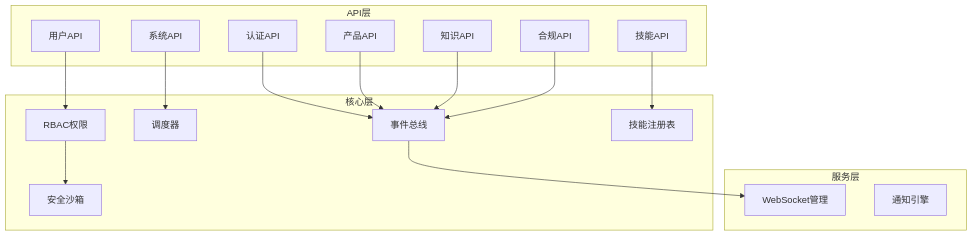
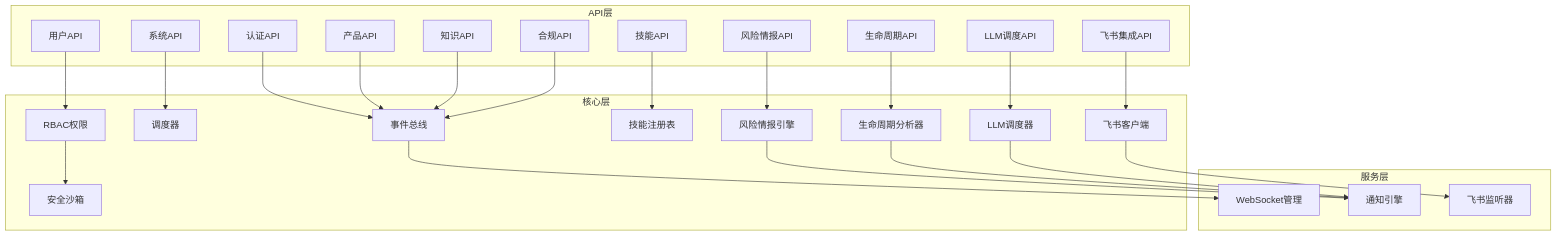
One commit to angledick/- changed the first of 5 diagrams in .qoder/repowiki/zh/content/API参考文档/API参考文档.md. Above: the diagram before and after it, drawn with Mermaid. The commit also changed other lines of this file and 770 other files, not shown here.

````diff
--- a/.qoder/repowiki/zh/content/API参考文档/API参考文档.md
+++ b/.qoder/repowiki/zh/content/API参考文档/API参考文档.md
@@ -54,32 +76,49 @@
 ```mermaid
 graph TB
 subgraph "API层"
 A[认证API]
 B[用户API]
 C[产品API]
 D[知识API]
 E[技能API]
 F[合规API]
 G[系统API]
+H[风险情报API]
+I[生命周期API]
+J[LLM调度API]
+K[飞书集成API]
 end
 subgraph "核心层"
-H[事件总线]
-I[调度器]
-J[RBAC权限]
-K[安全沙箱]
-L[技能注册表]
+L[事件总线]
+M[调度器]
+N[RBAC权限]
+O[安全沙箱]
+P[技能注册表]
+Q[风险情报引擎]
+R[生命周期分析器]
+S[LLM调度器]
+T[飞书客户端]
 end
 subgraph "服务层"
-M[WebSocket管理]
-N[通知引擎]
+U[WebSocket管理]
+V[通知引擎]
+W[飞书监听器]
 end
-A --> H
-B --> J
-C --> H
-D --> H
-E --> L
-F --> H
-G --> I
-H --> M
-J --> K
+A --> L
+B --> N
+C --> L
+D --> L
+E --> P
+F --> L
+G --> M
+H --> Q
+I --> R
+J --> S
+K --> T
+L --> U
+N --> O
+Q --> V
+R --> V
+S --> V
+T --> W
 ```
````
